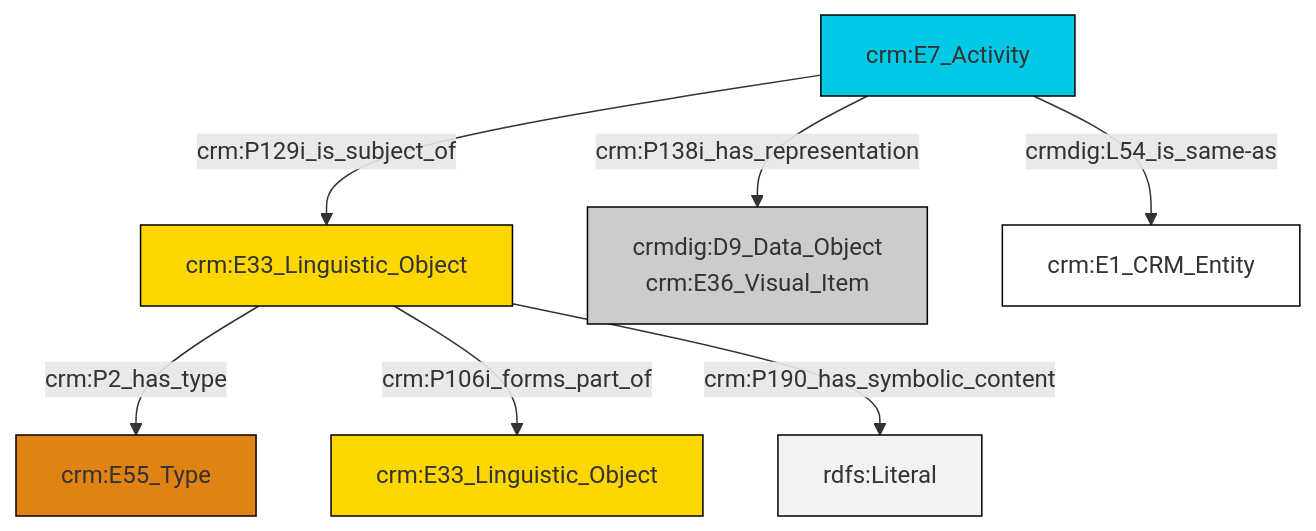
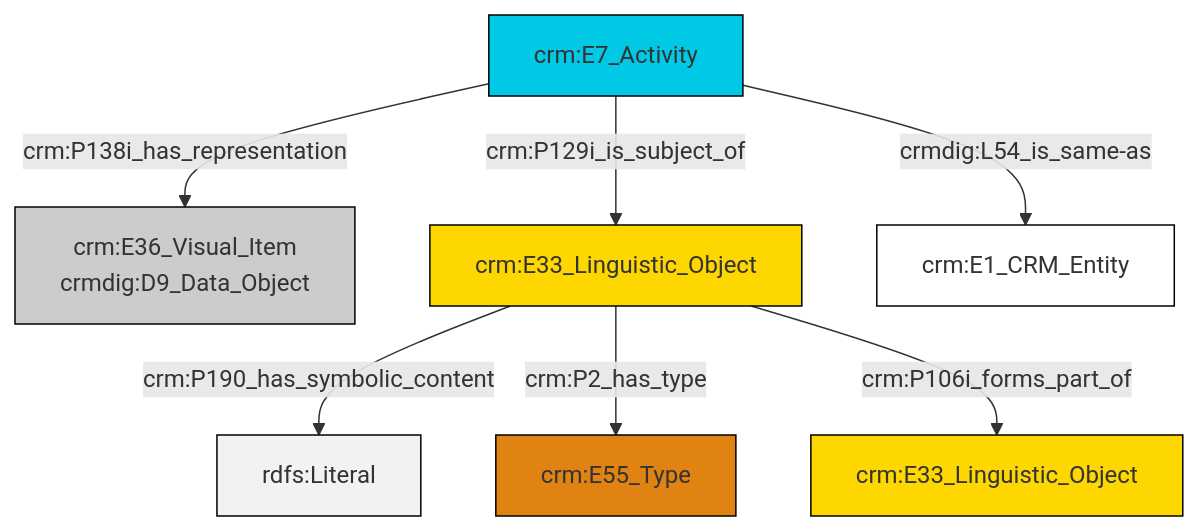
One commit to swiss-art-research-net/docs.swissartresearch changed the diagram in et/eventCSV/ttl/mmd/event_documentation.ttl.mmd. Above: the diagram before and after it, drawn with Mermaid. The commit also changed 211 other files, not shown here.

```diff
--- a/et/eventCSV/ttl/mmd/event_documentation.ttl.mmd
+++ b/et/eventCSV/ttl/mmd/event_documentation.ttl.mmd
@@ -1,21 +1,21 @@
 graph TD
 classDef Literal fill:#f2f2f2,stroke:#000000;
 classDef CRM_Entity fill:#FFFFFF,stroke:#000000;
 classDef Temporal_Entity fill:#00C9E6, stroke:#000000;
 classDef Type fill:#E18312, stroke:#000000;
 classDef Time-Span fill:#2C9C91, stroke:#000000;
 classDef Appellation fill:#FFEB7F, stroke:#000000;
 classDef Place fill:#008836, stroke:#000000;
 classDef Persistent_Item fill:#B266B2, stroke:#000000;
 classDef Conceptual_Object fill:#FFD700, stroke:#000000;
 classDef Physical_Thing fill:#D2B48C, stroke:#000000;
 classDef Actor fill:#f58aad, stroke:#000000;
 classDef PC_Classes fill:#4ce600, stroke:#000000;
 classDef Multi fill:#cccccc,stroke:#000000;
 
-0["crm:E33_Linguistic_Object"]:::Conceptual_Object -->|crm:P2_has_type| 1["crm:E55_Type"]:::Type
-6["crm:E7_Activity"]:::Temporal_Entity -->|crm:P138i_has_representation| 2["crmdig:D9_Data_Object<br>crm:E36_Visual_Item"]:::Multi
-0["crm:E33_Linguistic_Object"]:::Conceptual_Object -->|crm:P106i_forms_part_of| 9["crm:E33_Linguistic_Object"]:::Conceptual_Object
-0["crm:E33_Linguistic_Object"]:::Conceptual_Object -->|crm:P190_has_symbolic_content| 10[rdfs:Literal]:::Literal
-6["crm:E7_Activity"]:::Temporal_Entity -->|crmdig:L54_is_same-as| 4["crm:E1_CRM_Entity"]:::CRM_Entity
-6["crm:E7_Activity"]:::Temporal_Entity -->|crm:P129i_is_subject_of| 0["crm:E33_Linguistic_Object"]:::Conceptual_Object
+6["crm:E33_Linguistic_Object"]:::Conceptual_Object -->|crm:P190_has_symbolic_content| 8[rdfs:Literal]:::Literal
+9["crm:E7_Activity"]:::Temporal_Entity -->|crm:P138i_has_representation| 0["crm:E36_Visual_Item<br>crmdig:D9_Data_Object"]:::Multi
+9["crm:E7_Activity"]:::Temporal_Entity -->|crmdig:L54_is_same-as| 11["crm:E1_CRM_Entity"]:::CRM_Entity
+6["crm:E33_Linguistic_Object"]:::Conceptual_Object -->|crm:P2_has_type| 2["crm:E55_Type"]:::Type
+9["crm:E7_Activity"]:::Temporal_Entity -->|crm:P129i_is_subject_of| 6["crm:E33_Linguistic_Object"]:::Conceptual_Object
+6["crm:E33_Linguistic_Object"]:::Conceptual_Object -->|crm:P106i_forms_part_of| 4["crm:E33_Linguistic_Object"]:::Conceptual_Object
```
